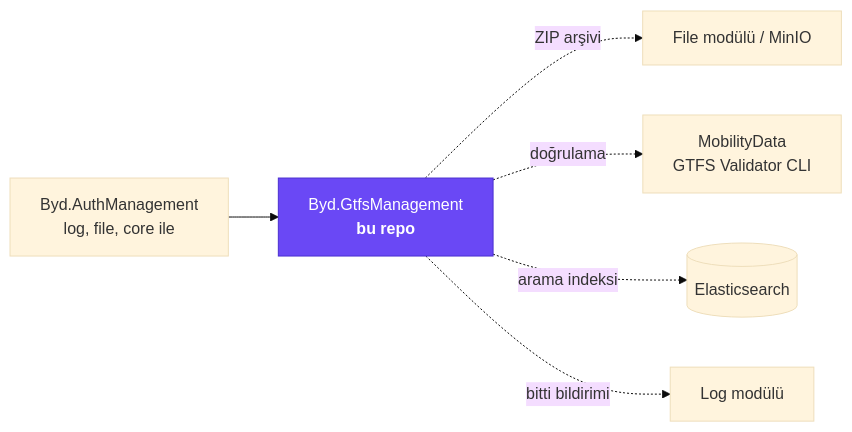
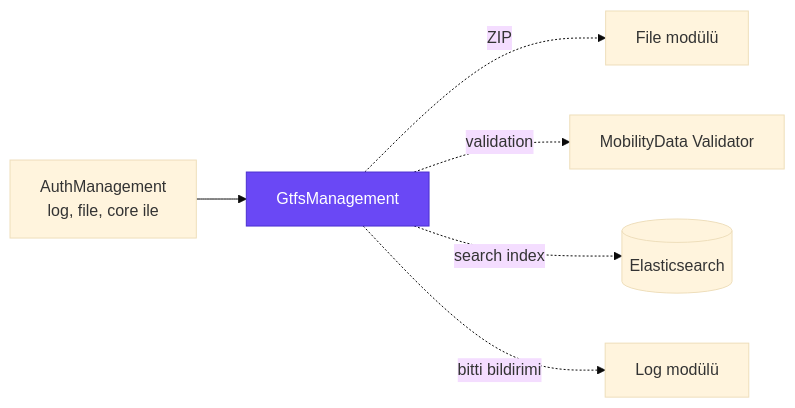
The first of 4 diagrams in README.md (mertbyd/byd-gtfs-management-api), drawn with Mermaid (base theme) before and after one commit. The commit also changed other lines of this file, not shown here.

````diff
--- a/README.md
+++ b/README.md
@@ -29,9 +7,9 @@
 ```mermaid
 flowchart LR
-    AUTH[Byd.AuthManagement<br/>log, file, core ile] --> GTFS[Byd.GtfsManagement<br/><b>bu repo</b>]
-    GTFS -. ZIP arşivi .-> FILE[File modülü / MinIO]
-    GTFS -. doğrulama .-> VAL[MobilityData<br/>GTFS Validator CLI]
-    GTFS -. arama indeksi .-> ES[(Elasticsearch)]
-    GTFS -. bitti bildirimi .-> LOG[Log modülü]
+    AUTH[AuthManagement<br/>log, file, core ile] --> GTFS[GtfsManagement]
+    GTFS -. ZIP .-> FILE[File modülü]
+    GTFS -. validation .-> VAL[MobilityData Validator]
+    GTFS -. search index .-> ES[(Elasticsearch)]
+    GTFS -. "bitti" bildirimi .-> LOG[Log modülü]
     style GTFS fill:#6a48f5,color:#fff,stroke:#4a2fd0
 ```
````
